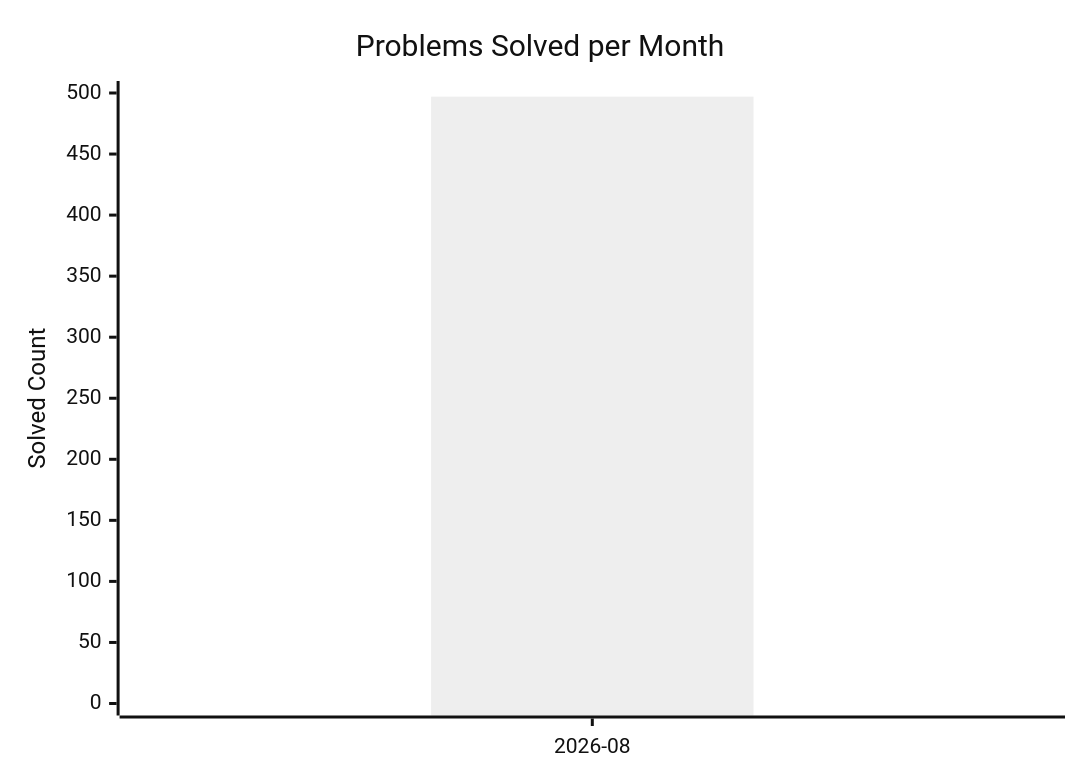
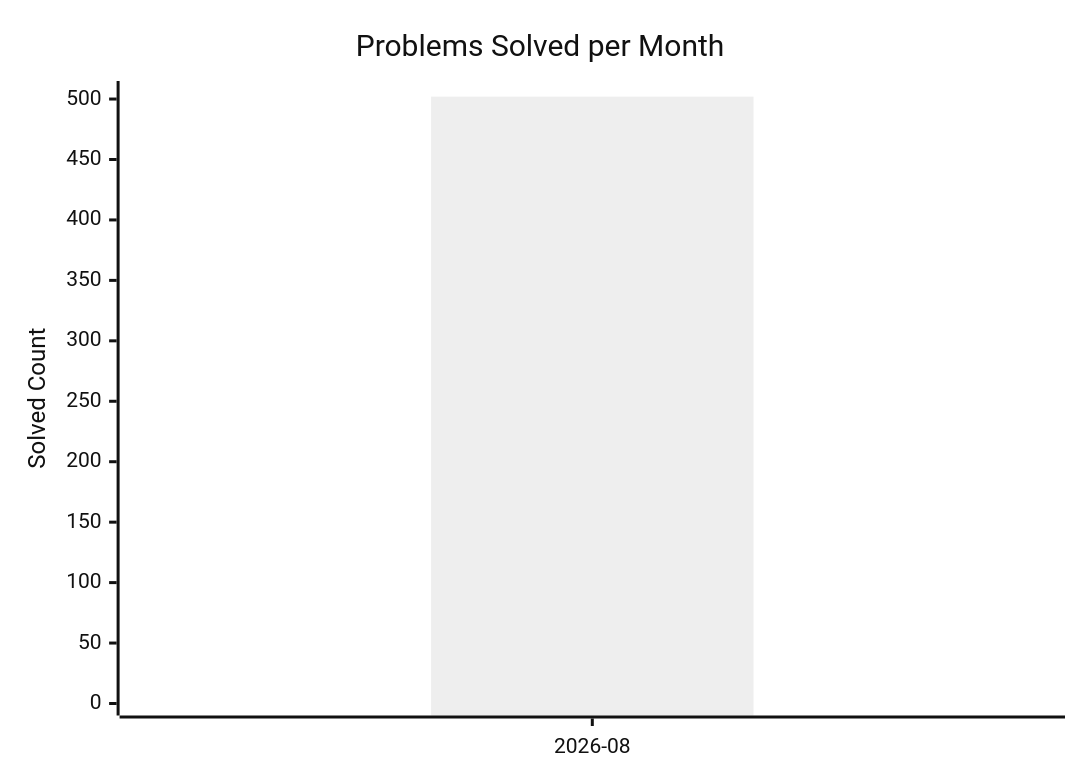
The diagram in dashboard.md (AdityaPandey-DEV/CP-Progress-Sync), drawn with Mermaid (neutral theme) before and after one commit. The commit also changed other lines of this file, not shown here.

Commit message:
Auto-update CP dashboard [skip ci]

````diff
--- a/dashboard.md
+++ b/dashboard.md
@@ -8,8 +8,8 @@
 ```mermaid
 xychart-beta
     title "Problems Solved per Month"
     x-axis ["2026-08"]
-    y-axis "Solved Count" 0 --> 500
-    bar [497]
-    line [497]
+    y-axis "Solved Count" 0 --> 505
+    bar [502]
+    line [502]
 ```
````
